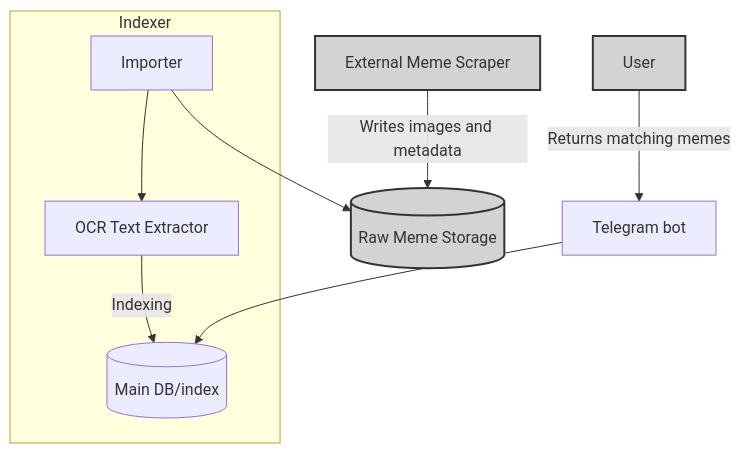
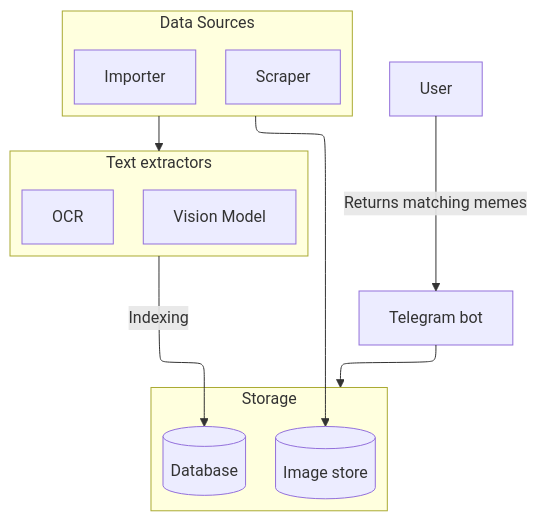
The diagram in artifacts/architecture.md (constructor-space/memesearch), drawn with Mermaid before and after one commit.

Commit message:
Update architecture

````diff
--- a/artifacts/architecture.md
+++ b/artifacts/architecture.md
@@ -1,34 +1,33 @@
 ```mermaid
 
-flowchart TD
-%% Out-of-Scope Elements (styled in grey)
-    Scraper[External Meme Scraper]
-    RawDataStorage[(Raw Meme Storage)]
-    User[User]
+flowchart-elk TD
 
-%% In-Scope Processing Pipeline
-    Importer[Importer]
-    TextExtractor[OCR Text Extractor]
-    Database[(Main DB/index)]
-    TelegramBot[Telegram bot]
+Importer[Importer]
+Scraper[Scraper]
+OCR[OCR]
+Vision[Vision Model]
+Database[(Database)]
+ImageStore[(Image store)]
+TelegramBot[Telegram bot]
 
-%% Data Flow
-    Scraper -->|Writes images and metadata| RawDataStorage
+User -->|Returns matching memes| TelegramBot
+TelegramBot --> Storage
 
-    Importer --> RawDataStorage
-    subgraph Pipeline [Indexer]
-        Importer --> TextExtractor
-        TextExtractor  -->|Indexing| Database
-    end
-    TelegramBot --> Database
+subgraph DataSources [Data Sources]
+    Importer
+    Scraper
+end
 
+DataSources --> TextExtraction
+DataSources --> ImageStore
 
-%% Query Pipeline
-    User -->|Returns matching memes| TelegramBot
-
-%% Style out-of-scope elements
-    style Scraper fill:#d3d3d3,stroke:#333,stroke-width:2px
-    style RawDataStorage fill:#d3d3d3,stroke:#333,stroke-width:2px
-    style User fill:#d3d3d3,stroke:#333,stroke-width:2px
-
+subgraph TextExtraction [Text extractors]
+    OCR
+    Vision
+end
+TextExtraction -->|Indexing| Database
+subgraph Storage
+    ImageStore
+    Database
+end
 ```
````
